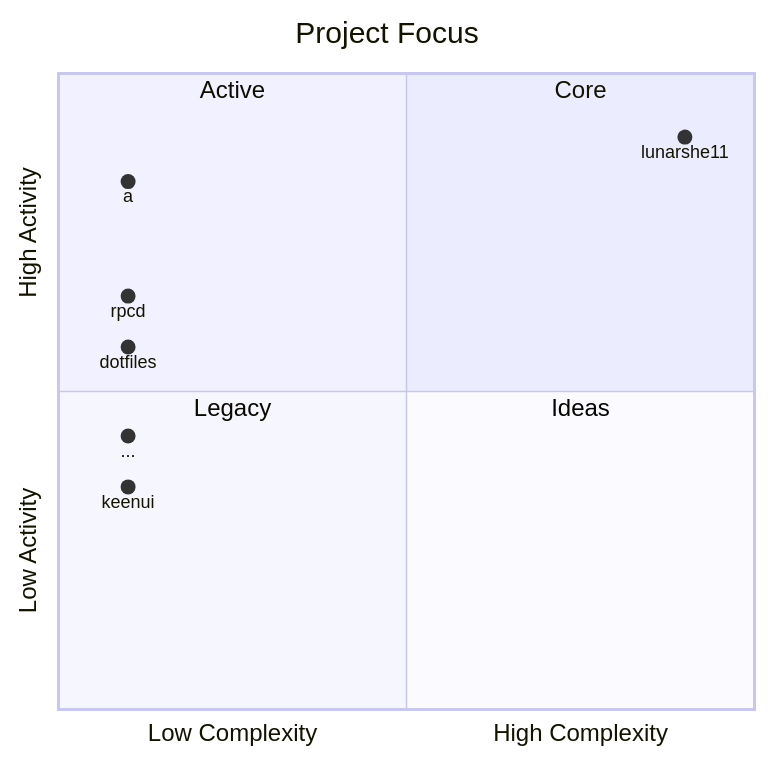
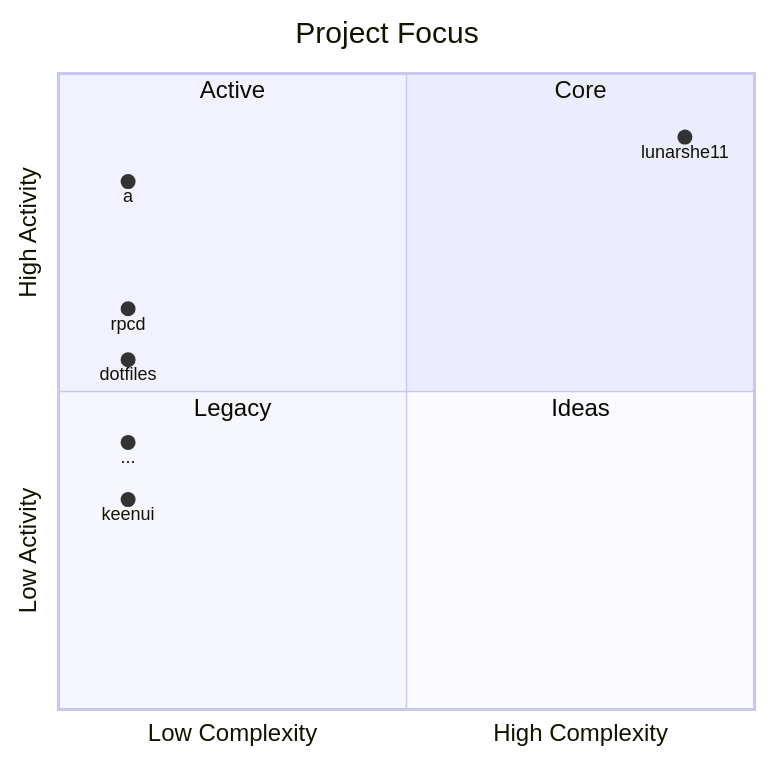
Before and after one commit to lunarshe11/lunarshe11: the first of 3 diagrams in README.md, drawn with Mermaid. The commit also changed other lines of this file, not shown here.

````diff
--- a/README.md
+++ b/README.md
@@ -13,16 +13,16 @@
 ```mermaid
 quadrantChart
     title Project Focus
     x-axis Low Complexity --> High Complexity
     y-axis Low Activity --> High Activity
     quadrant-1 Core
     quadrant-2 Active
     quadrant-3 Legacy
     quadrant-4 Ideas
     lunarshe11: [0.9, 0.9]
     a: [0.1, 0.83]
-    rpcd: [0.1, 0.65]
-    dotfiles: [0.1, 0.57]
-    ...: [0.1, 0.43]
-    keenui: [0.1, 0.35]
+    rpcd: [0.1, 0.63]
+    dotfiles: [0.1, 0.55]
+    ...: [0.1, 0.42]
+    keenui: [0.1, 0.33]
 ```
````
